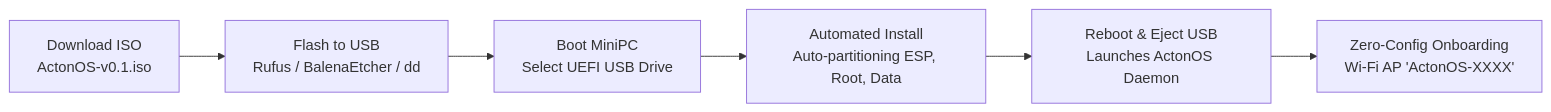
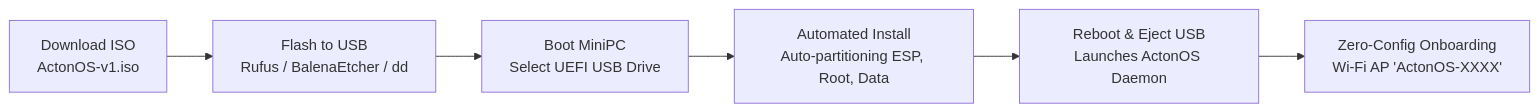
One commit to actonos/docs changed the diagram in docs/getting-started/baremetal-installation.mdx. Above: the diagram before and after it, drawn with Mermaid. The commit also changed other lines of this file and 47 other files, not shown here.

````diff
--- a/docs/getting-started/baremetal-installation.mdx
+++ b/docs/getting-started/baremetal-installation.mdx
@@ -12,8 +12,8 @@
 ```mermaid
 flowchart LR
-    A["Download ISO<br/>ActonOS-v0.1.iso"] --> B["Flash to USB<br/>Rufus / BalenaEtcher / dd"]
+    A["Download ISO<br/>ActonOS-v1.iso"] --> B["Flash to USB<br/>Rufus / BalenaEtcher / dd"]
     B --> C["Boot MiniPC<br/>Select UEFI USB Drive"]
     C --> D["Automated Install<br/>Auto-partitioning ESP, Root, Data"]
     D --> E["Reboot & Eject USB<br/>Launches ActonOS Daemon"]
     E --> F["Zero-Config Onboarding<br/>Wi-Fi AP 'ActonOS-XXXX'"]
 ```
````
